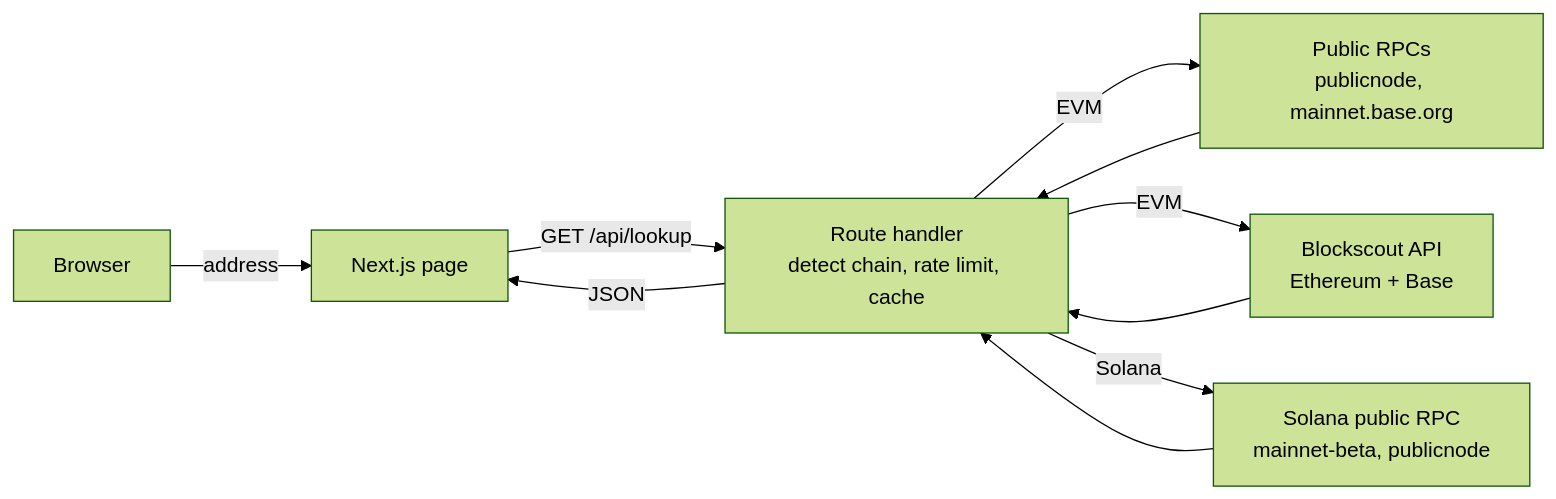
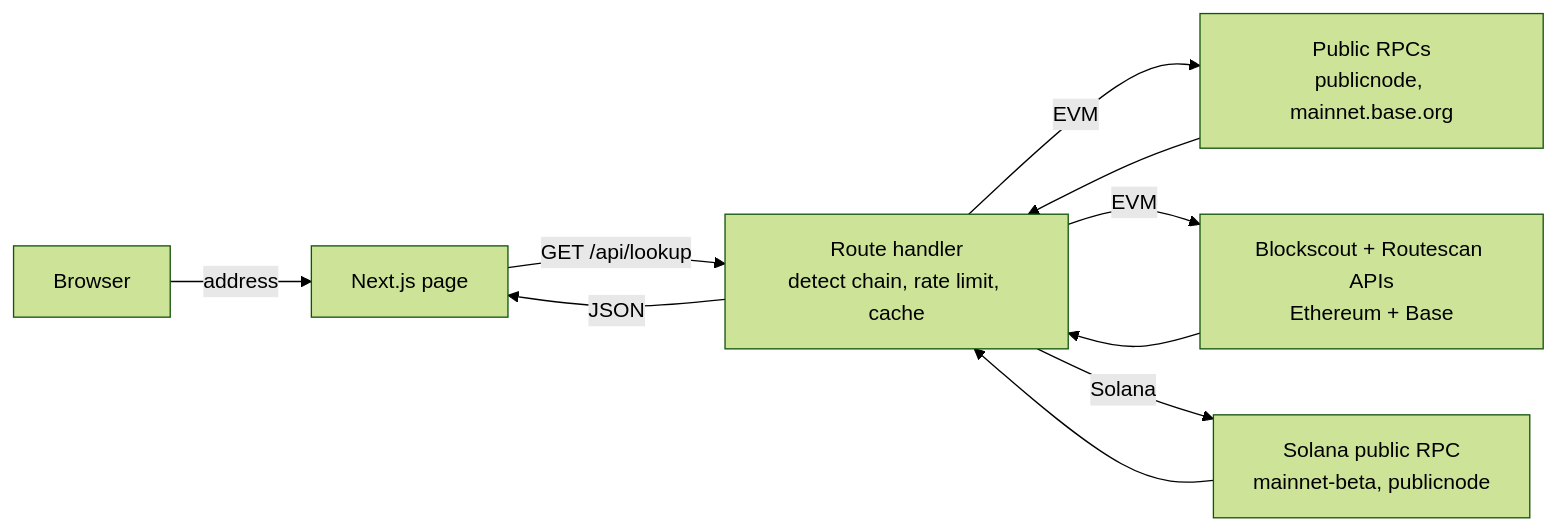
One commit to ottonielmorais2008-rgb/wallet-explorer changed the diagram in README.md. Above: the diagram before and after it, drawn with Mermaid (forest theme). The commit also changed other lines of this file and 1 other file, not shown here.

Commit message:
Explain Base Blockscout limitation in UI and README

````diff
--- a/README.md
+++ b/README.md
@@ -24,9 +24,9 @@
 ```mermaid
 flowchart LR
     U[Browser] -->|address| P[Next.js page]
     P -->|GET /api/lookup| A[Route handler<br/>detect chain, rate limit, cache]
     A -->|EVM| E1[Public RPCs<br/>publicnode, mainnet.base.org]
-    A -->|EVM| E2[Blockscout API<br/>Ethereum + Base]
+    A -->|EVM| E2[Blockscout + Routescan APIs<br/>Ethereum + Base]
     A -->|Solana| S1[Solana public RPC<br/>mainnet-beta, publicnode]
     E1 & E2 & S1 --> A -->|JSON| P
 ```
````
